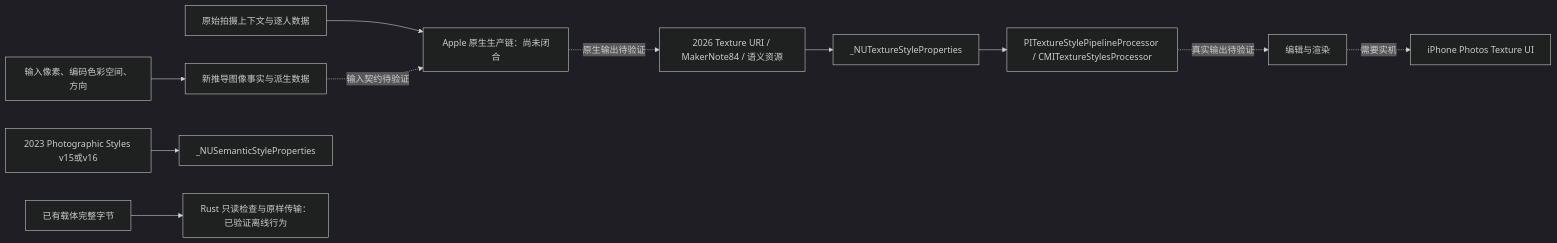
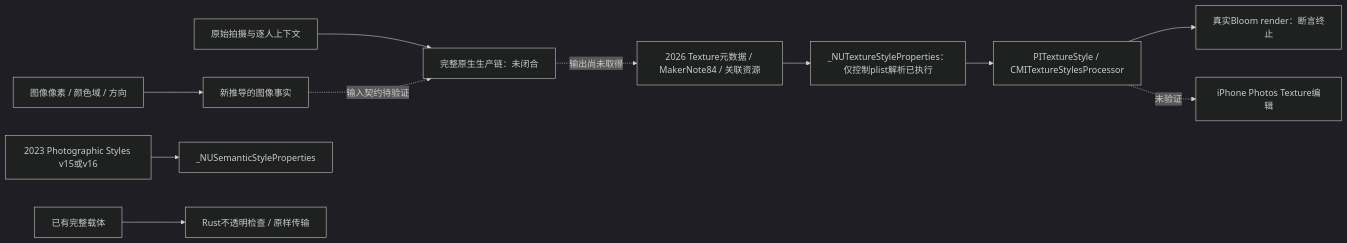
One commit to 21Z121Z1/XDRemux changed the diagram in research/texture-style/REPORT.zh-CN.md. Above: the diagram before and after it, drawn with Mermaid (dark theme). The commit also changed other lines of this file and 216 other files, not shown here.

Commit message:
research: record native Texture controls, render failures and exact-source evidence

````diff
--- a/research/texture-style/REPORT.zh-CN.md
+++ b/research/texture-style/REPORT.zh-CN.md
@@ -15,13 +19,13 @@
-```mermaid
+~~~mermaid
 flowchart LR
-  Pixels[输入像素、编码色彩空间、方向] --> Derived[新推导图像事实与派生数据]
-  Capture[原始拍摄上下文与逐人数据] --> Native[Apple 原生生产链：尚未闭合]
-  Derived -. 输入契约待验证 .-> Native
-  Native -. 原生输出待验证 .-> Texture[2026 Texture URI / MakerNote84 / 语义资源]
-  Styles[2023 Photographic Styles v15或v16] --> SemanticConsumer[_NUSemanticStyleProperties]
-  Texture --> TextureConsumer[_NUTextureStyleProperties]
-  TextureConsumer --> Processor[PITextureStylePipelineProcessor / CMITextureStylesProcessor]
-  Processor -. 真实输出待验证 .-> Render[编辑与渲染]
-  Render -. 需要实机 .-> Photos[iPhone Photos Texture UI]
-  Existing[已有载体完整字节] --> Preserve[Rust 只读检查与原样传输：已验证离线行为]
-```
+  Pixels[图像像素 / 颜色域 / 方向] --> Derived[新推导的图像事实]
+  Capture[原始拍摄与逐人上下文] --> Producer[完整原生生产链：未闭合]
+  Derived -. 输入契约待验证 .-> Producer
+  Producer -. 输出尚未取得 .-> Texture[2026 Texture元数据 / MakerNote84 / 关联资源]
+  Styles[2023 Photographic Styles v15或v16] --> Semantic[_NUSemanticStyleProperties]
+  Texture --> Parser[_NUTextureStyleProperties：仅控制plist解析已执行]
+  Parser --> Pipeline[PITextureStyle / CMITextureStylesProcessor]
+  Pipeline --> Abort[真实Bloom render：断言终止]
+  Pipeline -. 未验证 .-> Photos[iPhone Photos Texture编辑]
+  Existing[已有完整载体] --> Transport[Rust不透明检查 / 原样传输]
+~~~
````
